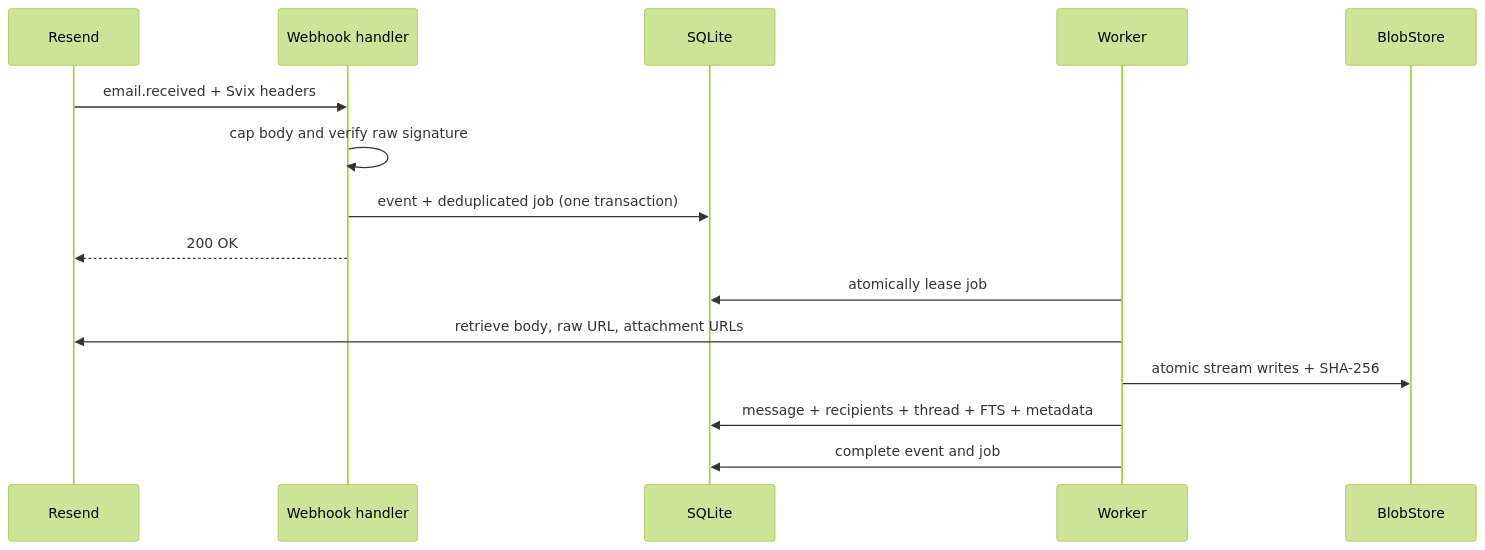
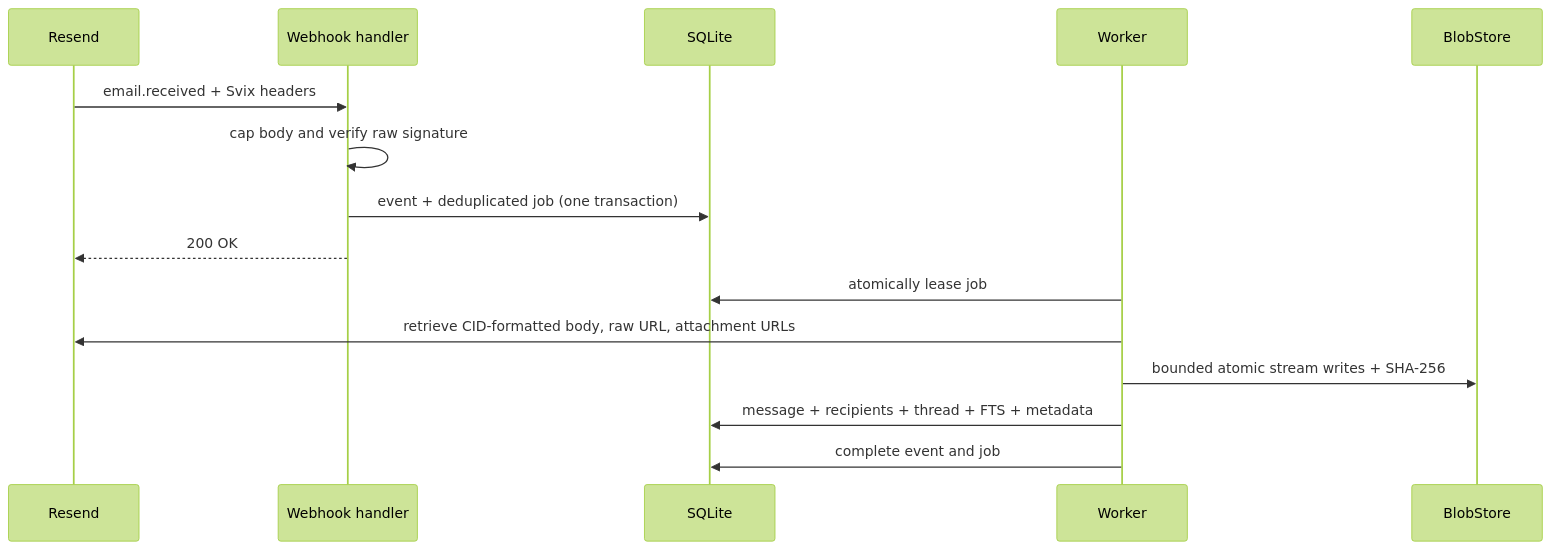
One commit to Nader-jo/Litebox changed the diagram in docs/ARCHITECTURE.md. Above: the diagram before and after it, drawn with Mermaid (forest theme). The commit also changed other lines of this file and 67 other files, not shown here.

````diff
--- a/docs/ARCHITECTURE.md
+++ b/docs/ARCHITECTURE.md
@@ -76,18 +90,18 @@
 ```mermaid
 sequenceDiagram
     participant R as Resend
     participant H as Webhook handler
     participant DB as SQLite
     participant W as Worker
     participant B as BlobStore
 
     R->>H: email.received + Svix headers
     H->>H: cap body and verify raw signature
     H->>DB: event + deduplicated job (one transaction)
     H-->>R: 200 OK
     W->>DB: atomically lease job
-    W->>R: retrieve body, raw URL, attachment URLs
-    W->>B: atomic stream writes + SHA-256
+    W->>R: retrieve CID-formatted body, raw URL, attachment URLs
+    W->>B: bounded atomic stream writes + SHA-256
     W->>DB: message + recipients + thread + FTS + metadata
     W->>DB: complete event and job
 ```
````
